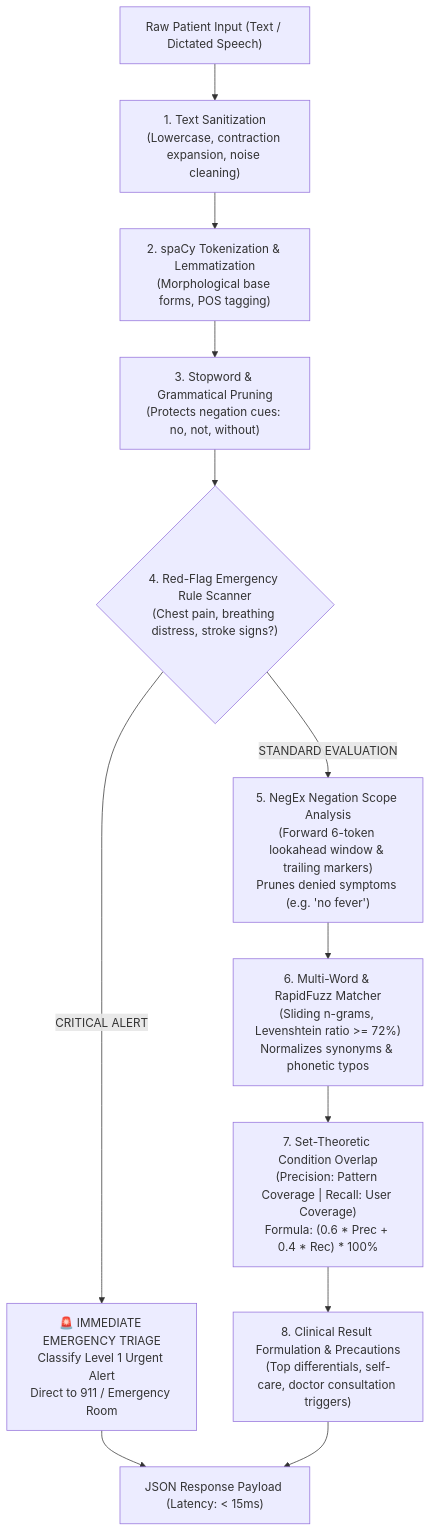
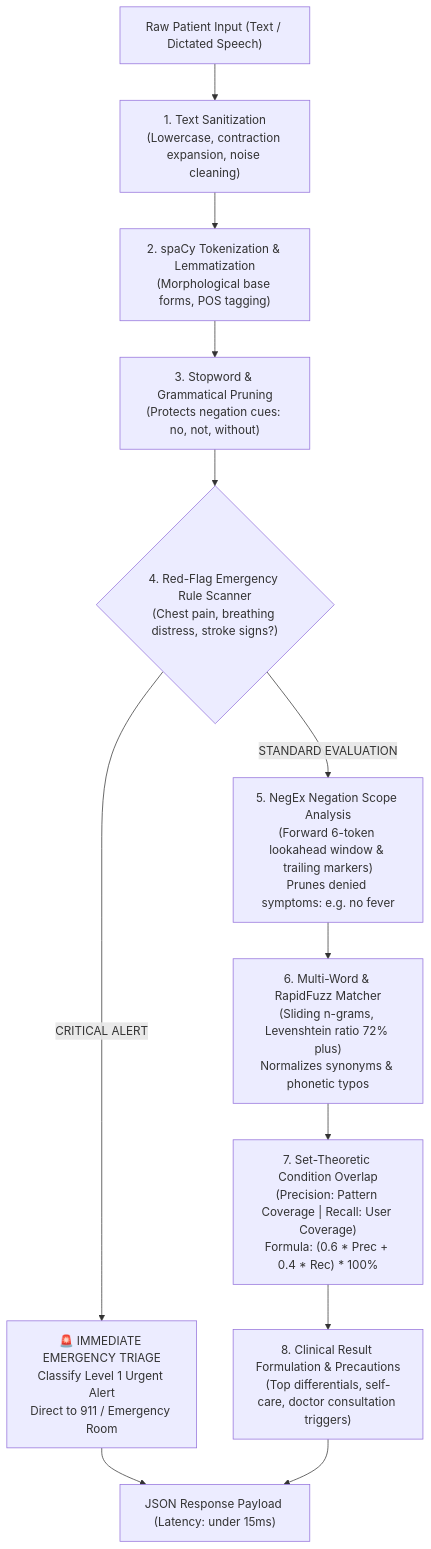
The diagram in backend/README.md (TanmayShinde3112/NLP-Medical-Symptom-Checker), drawn with Mermaid before and after one commit. The commit also changed 2 other files, not shown here.

Commit message:
fix(docs): resolve Mermaid syntax error on Flowchart 1 edge label and harden all diagrams for GitHub renderer

````diff
--- a/backend/README.md
+++ b/backend/README.md
@@ -22,20 +22,20 @@
 ```mermaid
 flowchart TD
-    Raw["Raw Patient Input (Text / Dictated Speech)"] --> S1["1. Text Sanitization\n(Lowercase, contraction expansion, noise cleaning)"]
-    S1 --> S2["2. spaCy Tokenization & Lemmatization\n(Morphological base forms, POS tagging)"]
-    S2 --> S3["3. Stopword & Grammatical Pruning\n(Protects negation cues: no, not, without)"]
-    S3 --> S4{"4. Red-Flag Emergency Rule Scanner\n(Chest pain, breathing distress, stroke signs?)"}
+    Raw["Raw Patient Input (Text / Dictated Speech)"] --> S1["1. Text Sanitization<br/>(Lowercase, contraction expansion, noise cleaning)"]
+    S1 --> S2["2. spaCy Tokenization & Lemmatization<br/>(Morphological base forms, POS tagging)"]
+    S2 --> S3["3. Stopword & Grammatical Pruning<br/>(Protects negation cues: no, not, without)"]
+    S3 --> S4{"4. Red-Flag Emergency Rule Scanner<br/>(Chest pain, breathing distress, stroke signs?)"}
     
-    S4 -->|CRITICAL ALERT| RedAlert["🚨 IMMEDIATE EMERGENCY TRIAGE\nClassify Level 1 Urgent Alert\nDirect to 911 / Emergency Room"]
+    S4 -->|"CRITICAL ALERT"| RedAlert["🚨 IMMEDIATE EMERGENCY TRIAGE<br/>Classify Level 1 Urgent Alert<br/>Direct to 911 / Emergency Room"]
     
-    S4 -->|STANDARD EVALUATION| S5["5. NegEx Negation Scope Analysis\n(Forward 6-token lookahead window & trailing markers)\nPrunes denied symptoms (e.g. 'no fever')"]
+    S4 -->|"STANDARD EVALUATION"| S5["5. NegEx Negation Scope Analysis<br/>(Forward 6-token lookahead window & trailing markers)<br/>Prunes denied symptoms: e.g. no fever"]
     
-    S5 --> S6["6. Multi-Word & RapidFuzz Matcher\n(Sliding n-grams, Levenshtein ratio >= 72%)\nNormalizes synonyms & phonetic typos"]
+    S5 --> S6["6. Multi-Word & RapidFuzz Matcher<br/>(Sliding n-grams, Levenshtein ratio 72% plus)<br/>Normalizes synonyms & phonetic typos"]
     
-    S6 --> S7["7. Set-Theoretic Condition Overlap\n(Precision: Pattern Coverage | Recall: User Coverage)\nFormula: (0.6 * Prec + 0.4 * Rec) * 100%"]
+    S6 --> S7["7. Set-Theoretic Condition Overlap<br/>(Precision: Pattern Coverage | Recall: User Coverage)<br/>Formula: (0.6 * Prec + 0.4 * Rec) * 100%"]
     
-    S7 --> S8["8. Clinical Result Formulation & Precautions\n(Top differentials, self-care, doctor consultation triggers)"]
+    S7 --> S8["8. Clinical Result Formulation & Precautions<br/>(Top differentials, self-care, doctor consultation triggers)"]
     
-    RedAlert --> Response["JSON Response Payload (Latency: < 15ms)"]
+    RedAlert --> Response["JSON Response Payload (Latency: under 15ms)"]
     S8 --> Response
 ```
````
